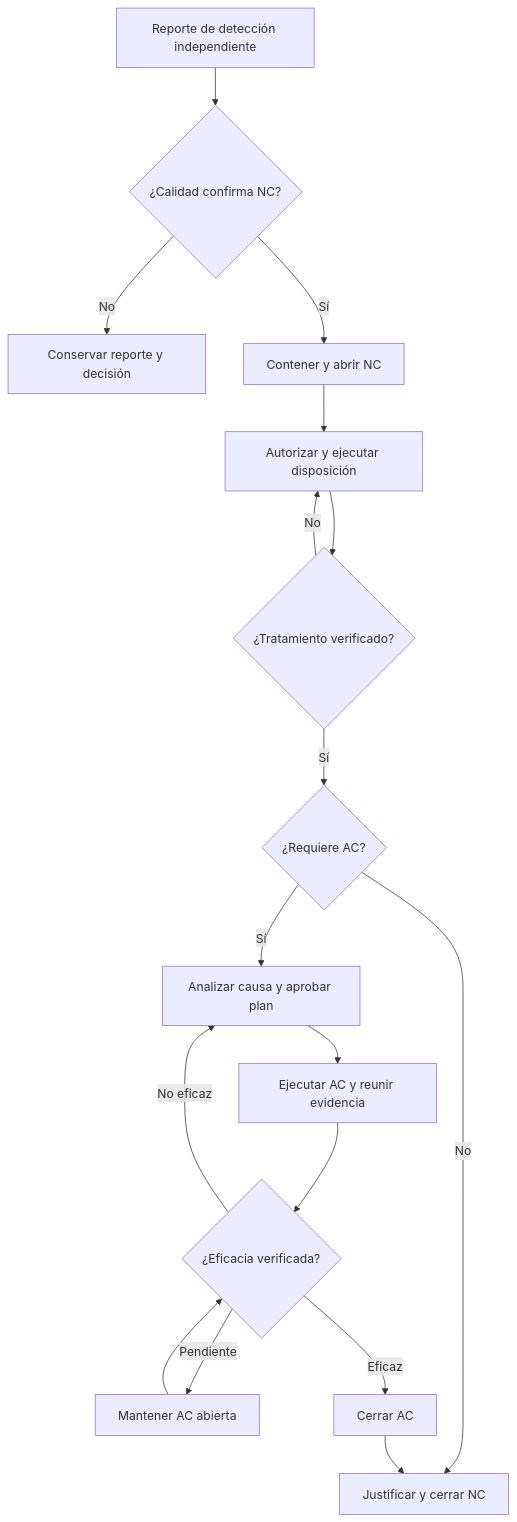
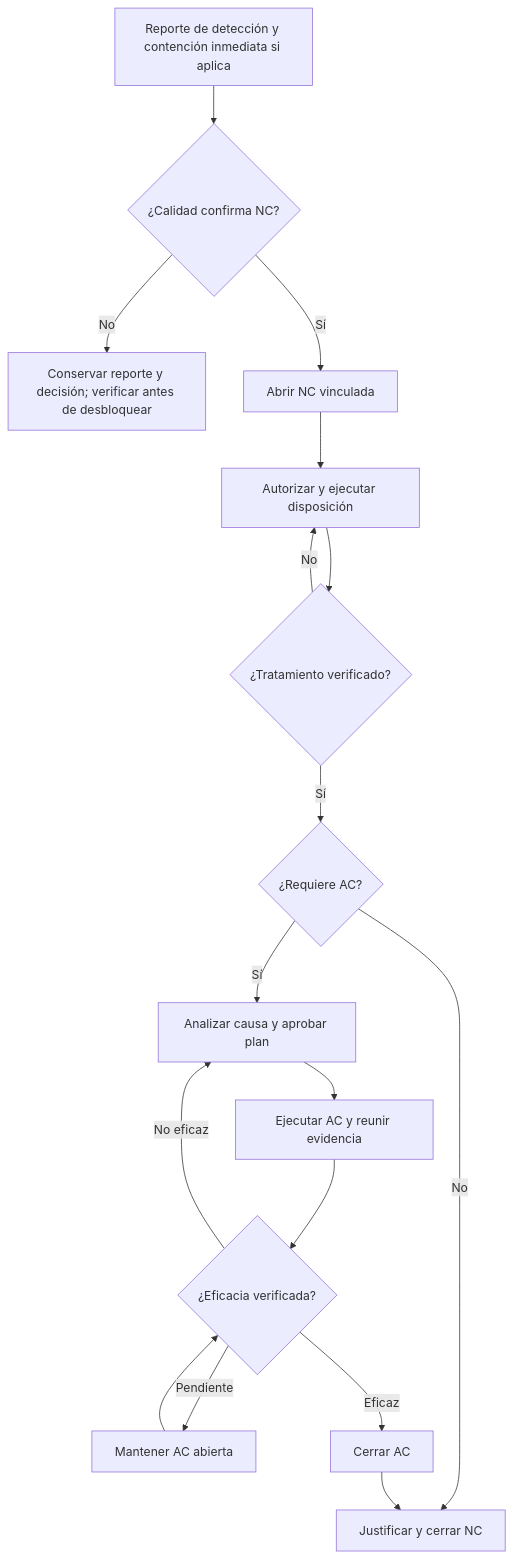
Before and after one commit to MartinValenzu/SISTEMA-DE-GESTION-DE-CALIDAD-QualityPrint-FICTICIA-: the second of 3 diagrams in docs/03_requisitos/DOC-QP-013_analisis_del_funcionamiento.md, drawn with Mermaid. The commit also changed other lines of this file, not shown here.

Commit message:
Precisar flujos de contención, retrabajo y reposición

````diff
--- a/docs/03_requisitos/DOC-QP-013_analisis_del_funcionamiento.md
+++ b/docs/03_requisitos/DOC-QP-013_analisis_del_funcionamiento.md
@@ -64,19 +66,19 @@
 ```mermaid
 flowchart TD
- A["Reporte de detección independiente"] --> B{"¿Calidad confirma NC?"}
- B -->|No| C["Conservar reporte y decisión"]
- B -->|Sí| D["Contener y abrir NC"]
+ A["Reporte de detección y contención inmediata si aplica"] --> B{"¿Calidad confirma NC?"}
+ B -->|No| C["Conservar reporte y decisión; verificar antes de desbloquear"]
+ B -->|Sí| D["Abrir NC vinculada"]
  D --> E["Autorizar y ejecutar disposición"]
  E --> F{"¿Tratamiento verificado?"}
  F -->|No| E
  F -->|Sí| G{"¿Requiere AC?"}
  G -->|No| H["Justificar y cerrar NC"]
  G -->|Sí| I["Analizar causa y aprobar plan"]
  I --> J["Ejecutar AC y reunir evidencia"]
  J --> K{"¿Eficacia verificada?"}
  K -->|Pendiente| L["Mantener AC abierta"]
  L --> K
  K -->|No eficaz| I
  K -->|Eficaz| M["Cerrar AC"]
  M --> H
 ```
````
